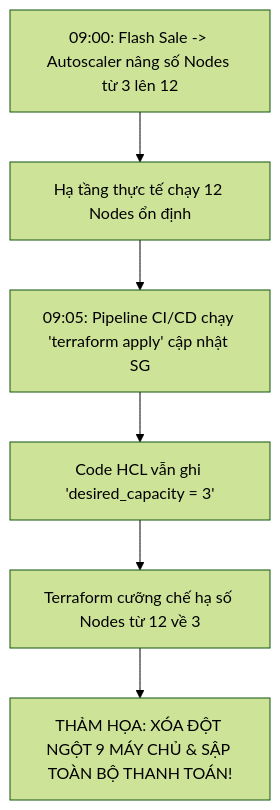
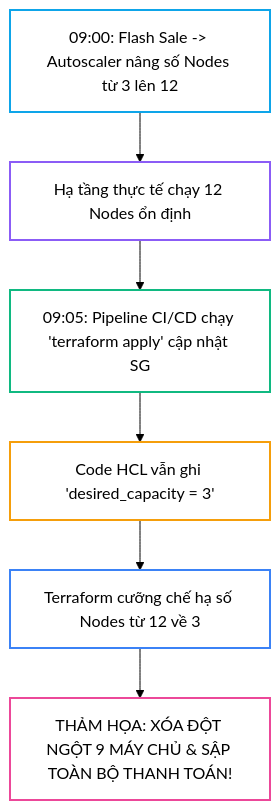
Before and after one commit to kiennt308/ntk: the third of 3 diagrams in _posts/2026-09-13-terraform-09-09-xu-ly-drift-ha-tang-refresh-only-reconciliation-va-chong-that-thoat-tai-nguyen.md, drawn with Mermaid (forest theme). The commit also changed other lines of this file and 26 other files, not shown here.

Commit message:
style(terraform): standardize presentation, complete titles & summaries, tailor tldr, and optimize lab tables & mermaid across Bài 05 to Bài 31

````diff
--- a/_posts/2026-09-13-terraform-09-09-xu-ly-drift-ha-tang-refresh-only-reconciliation-va-chong-that-thoat-tai-nguyen.md
+++ b/_posts/2026-09-13-terraform-09-09-xu-ly-drift-ha-tang-refresh-only-reconciliation-va-chong-that-thoat-tai-nguyen.md
@@ -251,10 +258,15 @@
 ```mermaid
 flowchart TD
     A["09:00: Flash Sale -&gt; Autoscaler nâng số Nodes từ 3 lên 12"] --> B["Hạ tầng thực tế chạy 12 Nodes ổn định"]
     B --> C["09:05: Pipeline CI/CD chạy 'terraform apply' cập nhật SG"]
     C --> D["Code HCL vẫn ghi 'desired_capacity = 3'"]
     D --> E["Terraform cưỡng chế hạ số Nodes từ 12 về 3"]
     E --> F["THẢM HỌA: XÓA ĐỘT NGỘT 9 MÁY CHỦ & SẬP TOÀN BỘ THANH TOÁN!"]
 
-
+    style E fill:none,stroke:#3b82f6,stroke-width:2px
+    style A fill:none,stroke:#0ea5e9,stroke-width:2px
+    style C fill:none,stroke:#10b981,stroke-width:2px
+    style D fill:none,stroke:#f59e0b,stroke-width:2px
+    style B fill:none,stroke:#8b5cf6,stroke-width:2px
+    style F fill:none,stroke:#ec4899,stroke-width:2px
 ```
````
